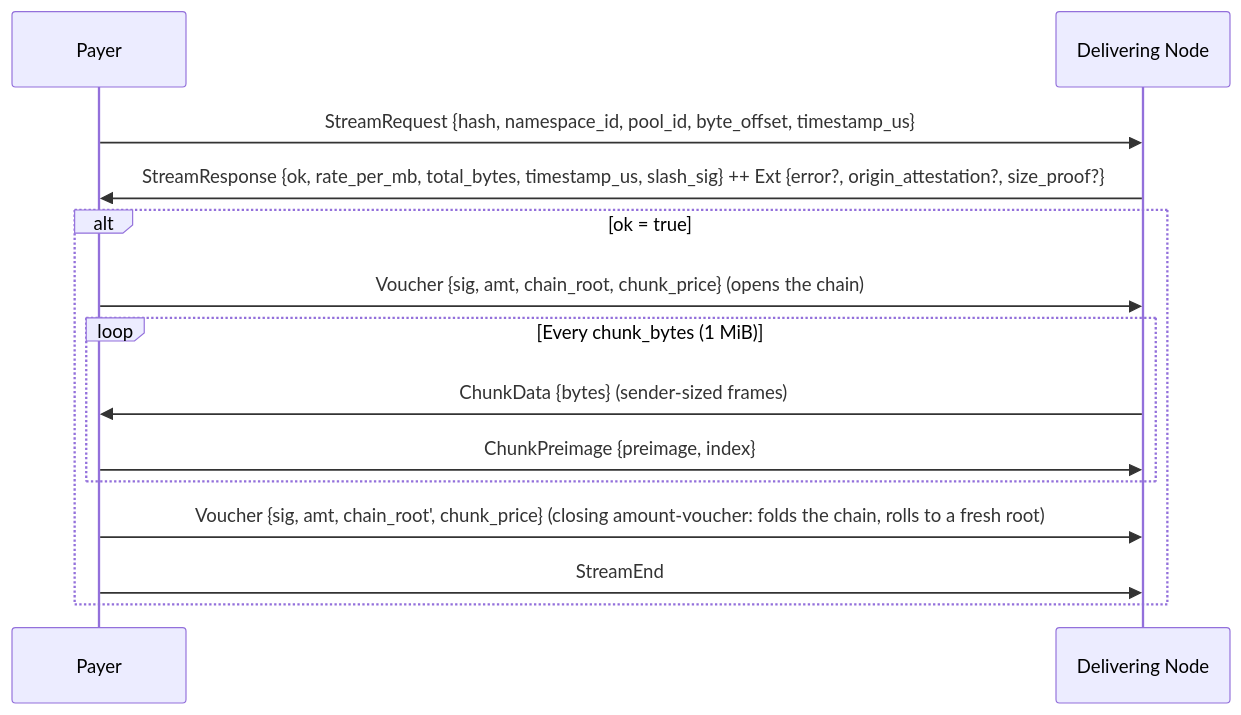
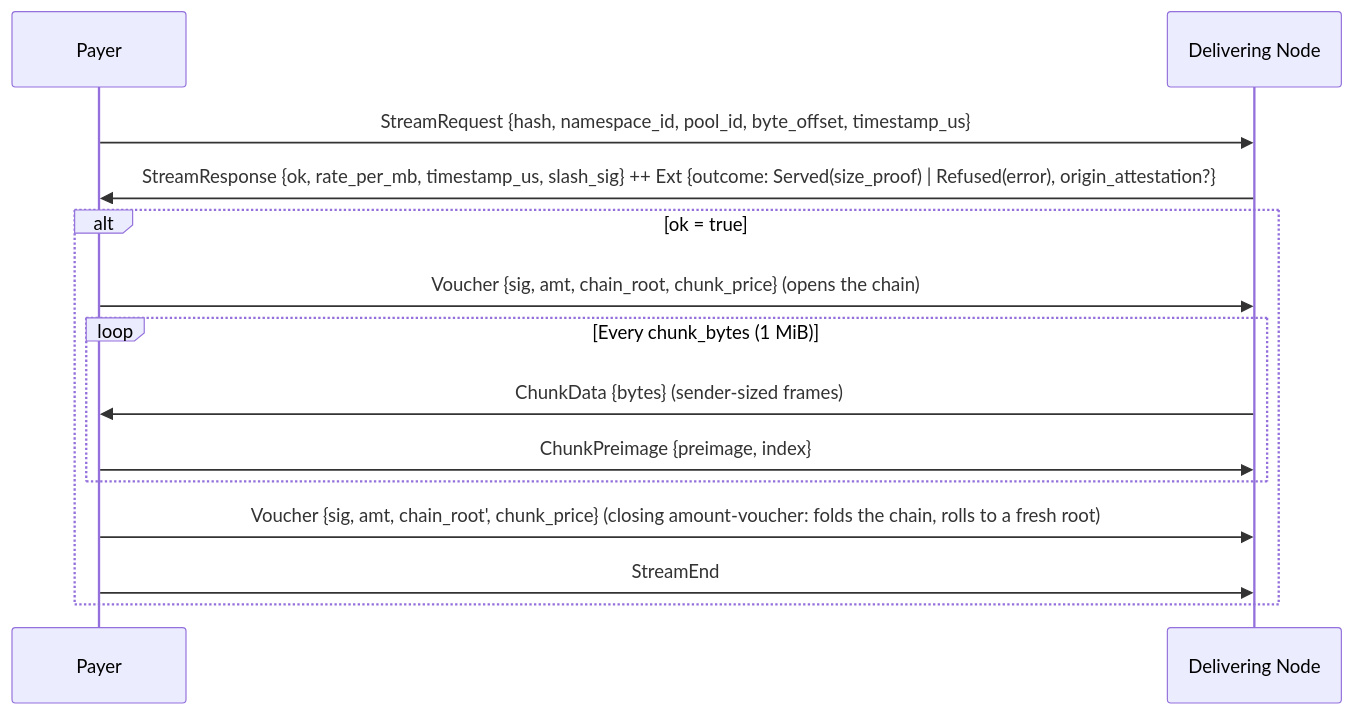
The second of 3 diagrams in adr/005-protocol.md (decdn/decdn), drawn with Mermaid before and after one commit. The commit also changed other lines of this file and 73 other files, not shown here.

First line of the commit message:
feat!: the size proof is the only statement of a blob size

````diff
--- a/adr/005-protocol.md
+++ b/adr/005-protocol.md
@@ -100,18 +100,18 @@
 ```mermaid
 sequenceDiagram
     participant P as Payer
     participant D as Delivering Node
 
     P->>D: StreamRequest {hash, namespace_id, pool_id, byte_offset, timestamp_us}
-    D->>P: StreamResponse {ok, rate_per_mb, total_bytes, timestamp_us, slash_sig} ++ Ext {error?, origin_attestation?, size_proof?}
+    D->>P: StreamResponse {ok, rate_per_mb, timestamp_us, slash_sig} ++ Ext {outcome: Served(size_proof) | Refused(error), origin_attestation?}
 
     alt ok = true
         P->>D: Voucher {sig, amt, chain_root, chunk_price} (opens the chain)
         loop Every chunk_bytes (1 MiB)
             D->>P: ChunkData {bytes} (sender-sized frames)
             P->>D: ChunkPreimage {preimage, index}
         end
         P->>D: Voucher {sig, amt, chain_root', chunk_price} (closing amount-voucher: folds the chain, rolls to a fresh root)
         P->>D: StreamEnd
     end
 ```
````
